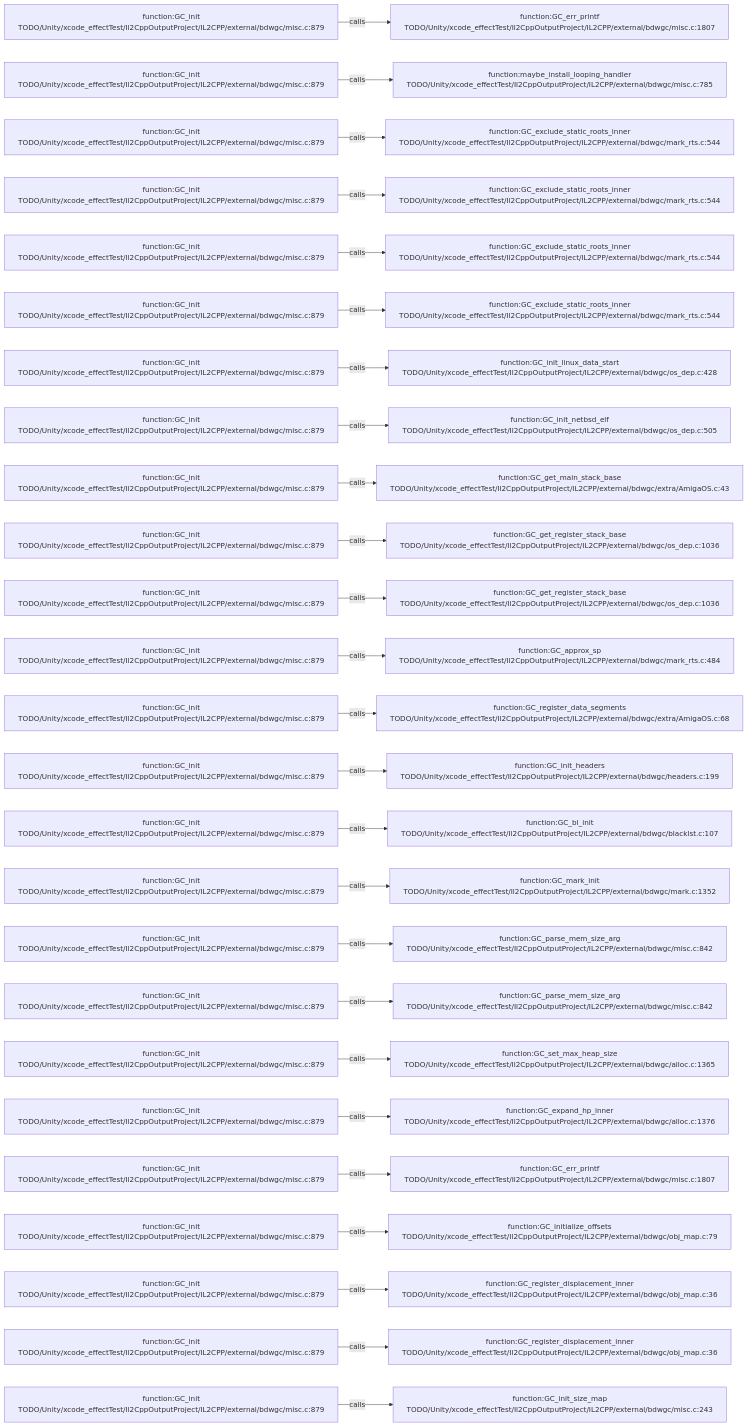
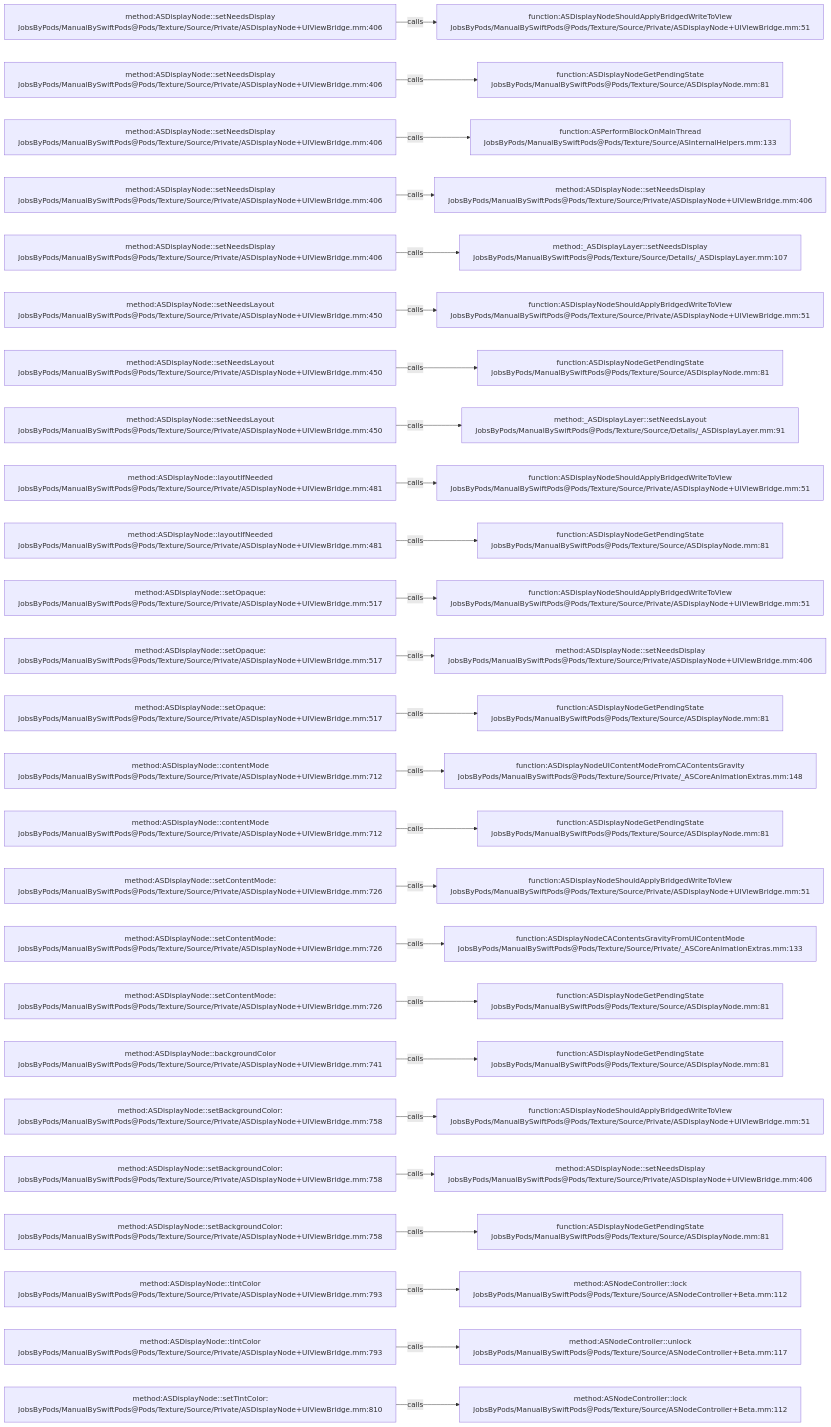
The diagram in .codegraph/codegraph.md/graphs/calls-138.md (JobsKits/JobsSwiftBaseConfigDemo), drawn with Mermaid before and after one commit. The commit also changed 2959 other files, not shown here.

````diff
--- a/.codegraph/codegraph.md/graphs/calls-138.md
+++ b/.codegraph/codegraph.md/graphs/calls-138.md
@@ -13,78 +13,78 @@
 ```mermaid
 flowchart LR
-  S1["function:GC_init<br/>TODO/Unity/xcode_effectTest/Il2CppOutputProject/IL2CPP/external/bdwgc/misc.c:879"]
-  T1["function:GC_err_printf<br/>TODO/Unity/xcode_effectTest/Il2CppOutputProject/IL2CPP/external/bdwgc/misc.c:1807"]
+  S1["method:ASDisplayNode::setNeedsDisplay<br/>JobsByPods/ManualBySwiftPods@Pods/Texture/Source/Private/ASDisplayNode+UIViewBridge.mm:406"]
+  T1["function:ASDisplayNodeShouldApplyBridgedWriteToView<br/>JobsByPods/ManualBySwiftPods@Pods/Texture/Source/Private/ASDisplayNode+UIViewBridge.mm:51"]
   S1 -->|calls| T1
-  S2["function:GC_init<br/>TODO/Unity/xcode_effectTest/Il2CppOutputProject/IL2CPP/external/bdwgc/misc.c:879"]
-  T2["function:maybe_install_looping_handler<br/>TODO/Unity/xcode_effectTest/Il2CppOutputProject/IL2CPP/external/bdwgc/misc.c:785"]
+  S2["method:ASDisplayNode::setNeedsDisplay<br/>JobsByPods/ManualBySwiftPods@Pods/Texture/Source/Private/ASDisplayNode+UIViewBridge.mm:406"]
+  T2["function:ASDisplayNodeGetPendingState<br/>JobsByPods/ManualBySwiftPods@Pods/Texture/Source/ASDisplayNode.mm:81"]
   S2 -->|calls| T2
-  S3["function:GC_init<br/>TODO/Unity/xcode_effectTest/Il2CppOutputProject/IL2CPP/external/bdwgc/misc.c:879"]
-  T3["function:GC_exclude_static_roots_inner<br/>TODO/Unity/xcode_effectTest/Il2CppOutputProject/IL2CPP/external/bdwgc/mark_rts.c:544"]
+  S3["method:ASDisplayNode::setNeedsDisplay<br/>JobsByPods/ManualBySwiftPods@Pods/Texture/Source/Private/ASDisplayNode+UIViewBridge.mm:406"]
+  T3["function:ASPerformBlockOnMainThread<br/>JobsByPods/ManualBySwiftPods@Pods/Texture/Source/ASInternalHelpers.mm:133"]
   S3 -->|calls| T3
-  S4["function:GC_init<br/>TODO/Unity/xcode_effectTest/Il2CppOutputProject/IL2CPP/external/bdwgc/misc.c:879"]
-  T4["function:GC_exclude_static_roots_inner<br/>TODO/Unity/xcode_effectTest/Il2CppOutputProject/IL2CPP/external/bdwgc/mark_rts.c:544"]
+  S4["method:ASDisplayNode::setNeedsDisplay<br/>JobsByPods/ManualBySwiftPods@Pods/Texture/Source/Private/ASDisplayNode+UIViewBridge.mm:406"]
+  T4["method:ASDisplayNode::setNeedsDisplay<br/>JobsByPods/ManualBySwiftPods@Pods/Texture/Source/Private/ASDisplayNode+UIViewBridge.mm:406"]
   S4 -->|calls| T4
-  S5["function:GC_init<br/>TODO/Unity/xcode_effectTest/Il2CppOutputProject/IL2CPP/external/bdwgc/misc.c:879"]
-  T5["function:GC_exclude_static_roots_inner<br/>TODO/Unity/xcode_effectTest/Il2CppOutputProject/IL2CPP/external/bdwgc/mark_rts.c:544"]
+  S5["method:ASDisplayNode::setNeedsDisplay<br/>JobsByPods/ManualBySwiftPods@Pods/Texture/Source/Private/ASDisplayNode+UIViewBridge.mm:406"]
+  T5["method:_ASDisplayLayer::setNeedsDisplay<br/>JobsByPods/ManualBySwiftPods@Pods/Texture/Source/Details/_ASDisplayLayer.mm:107"]
   S5 -->|calls| T5
-  S6["function:GC_init<br/>TODO/Unity/xcode_effectTest/Il2CppOutputProject/IL2CPP/external/bdwgc/misc.c:879"]
-  T6["function:GC_exclude_static_roots_inner<br/>TODO/Unity/xcode_effectTest/Il2CppOutputProject/IL2CPP/external/bdwgc/mark_rts.c:544"]
+  S6["method:ASDisplayNode::setNeedsLayout<br/>JobsByPods/ManualBySwiftPods@Pods/Texture/Source/Private/ASDisplayNode+UIViewBridge.mm:450"]
+  T6["function:ASDisplayNodeShouldApplyBridgedWriteToView<br/>JobsByPods/ManualBySwiftPods@Pods/Texture/Source/Private/ASDisplayNode+UIViewBridge.mm:51"]
   S6 -->|calls| T6
-  S7["function:GC_init<br/>TODO/Unity/xcode_effectTest/Il2CppOutputProject/IL2CPP/external/bdwgc/misc.c:879"]
-  T7["function:GC_init_linux_data_start<br/>TODO/Unity/xcode_effectTest/Il2CppOutputProject/IL2CPP/external/bdwgc/os_dep.c:428"]
+  S7["method:ASDisplayNode::setNeedsLayout<br/>JobsByPods/ManualBySwiftPods@Pods/Texture/Source/Private/ASDisplayNode+UIViewBridge.mm:450"]
+  T7["function:ASDisplayNodeGetPendingState<br/>JobsByPods/ManualBySwiftPods@Pods/Texture/Source/ASDisplayNode.mm:81"]
   S7 -->|calls| T7
-  S8["function:GC_init<br/>TODO/Unity/xcode_effectTest/Il2CppOutputProject/IL2CPP/external/bdwgc/misc.c:879"]
-  T8["function:GC_init_netbsd_elf<br/>TODO/Unity/xcode_effectTest/Il2CppOutputProject/IL2CPP/external/bdwgc/os_dep.c:505"]
+  S8["method:ASDisplayNode::setNeedsLayout<br/>JobsByPods/ManualBySwiftPods@Pods/Texture/Source/Private/ASDisplayNode+UIViewBridge.mm:450"]
+  T8["method:_ASDisplayLayer::setNeedsLayout<br/>JobsByPods/ManualBySwiftPods@Pods/Texture/Source/Details/_ASDisplayLayer.mm:91"]
   S8 -->|calls| T8
-  S9["function:GC_init<br/>TODO/Unity/xcode_effectTest/Il2CppOutputProject/IL2CPP/external/bdwgc/misc.c:879"]
-  T9["function:GC_get_main_stack_base<br/>TODO/Unity/xcode_effectTest/Il2CppOutputProject/IL2CPP/external/bdwgc/extra/AmigaOS.c:43"]
+  S9["method:ASDisplayNode::layoutIfNeeded<br/>JobsByPods/ManualBySwiftPods@Pods/Texture/Source/Private/ASDisplayNode+UIViewBridge.mm:481"]
+  T9["function:ASDisplayNodeShouldApplyBridgedWriteToView<br/>JobsByPods/ManualBySwiftPods@Pods/Texture/Source/Private/ASDisplayNode+UIViewBridge.mm:51"]
   S9 -->|calls| T9
-  S10["function:GC_init<br/>TODO/Unity/xcode_effectTest/Il2CppOutputProject/IL2CPP/external/bdwgc/misc.c:879"]
-  T10["function:GC_get_register_stack_base<br/>TODO/Unity/xcode_effectTest/Il2CppOutputProject/IL2CPP/external/bdwgc/os_dep.c:1036"]
+  S10["method:ASDisplayNode::layoutIfNeeded<br/>JobsByPods/ManualBySwiftPods@Pods/Texture/Source/Private/ASDisplayNode+UIViewBridge.mm:481"]
+  T10["function:ASDisplayNodeGetPendingState<br/>JobsByPods/ManualBySwiftPods@Pods/Texture/Source/ASDisplayNode.mm:81"]
   S10 -->|calls| T10
-  S11["function:GC_init<br/>TODO/Unity/xcode_effectTest/Il2CppOutputProject/IL2CPP/external/bdwgc/misc.c:879"]
-  T11["function:GC_get_register_stack_base<br/>TODO/Unity/xcode_effectTest/Il2CppOutputProject/IL2CPP/external/bdwgc/os_dep.c:1036"]
+  S11["method:ASDisplayNode::setOpaque:<br/>JobsByPods/ManualBySwiftPods@Pods/Texture/Source/Private/ASDisplayNode+UIViewBridge.mm:517"]
+  T11["function:ASDisplayNodeShouldApplyBridgedWriteToView<br/>JobsByPods/ManualBySwiftPods@Pods/Texture/Source/Private/ASDisplayNode+UIViewBridge.mm:51"]
   S11 -->|calls| T11
-  S12["function:GC_init<br/>TODO/Unity/xcode_effectTest/Il2CppOutputProject/IL2CPP/external/bdwgc/misc.c:879"]
-  T12["function:GC_approx_sp<br/>TODO/Unity/xcode_effectTest/Il2CppOutputProject/IL2CPP/external/bdwgc/mark_rts.c:484"]
+  S12["method:ASDisplayNode::setOpaque:<br/>JobsByPods/ManualBySwiftPods@Pods/Texture/Source/Private/ASDisplayNode+UIViewBridge.mm:517"]
+  T12["method:ASDisplayNode::setNeedsDisplay<br/>JobsByPods/ManualBySwiftPods@Pods/Texture/Source/Private/ASDisplayNode+UIViewBridge.mm:406"]
   S12 -->|calls| T12
-  S13["function:GC_init<br/>TODO/Unity/xcode_effectTest/Il2CppOutputProject/IL2CPP/external/bdwgc/misc.c:879"]
-  T13["function:GC_register_data_segments<br/>TODO/Unity/xcode_effectTest/Il2CppOutputProject/IL2CPP/external/bdwgc/extra/AmigaOS.c:68"]
+  S13["method:ASDisplayNode::setOpaque:<br/>JobsByPods/ManualBySwiftPods@Pods/Texture/Source/Private/ASDisplayNode+UIViewBridge.mm:517"]
+  T13["function:ASDisplayNodeGetPendingState<br/>JobsByPods/ManualBySwiftPods@Pods/Texture/Source/ASDisplayNode.mm:81"]
   S13 -->|calls| T13
-  S14["function:GC_init<br/>TODO/Unity/xcode_effectTest/Il2CppOutputProject/IL2CPP/external/bdwgc/misc.c:879"]
-  T14["function:GC_init_headers<br/>TODO/Unity/xcode_effectTest/Il2CppOutputProject/IL2CPP/external/bdwgc/headers.c:199"]
+  S14["method:ASDisplayNode::contentMode<br/>JobsByPods/ManualBySwiftPods@Pods/Texture/Source/Private/ASDisplayNode+UIViewBridge.mm:712"]
+  T14["function:ASDisplayNodeUIContentModeFromCAContentsGravity<br/>JobsByPods/ManualBySwiftPods@Pods/Texture/Source/Private/_ASCoreAnimationExtras.mm:148"]
   S14 -->|calls| T14
-  S15["function:GC_init<br/>TODO/Unity/xcode_effectTest/Il2CppOutputProject/IL2CPP/external/bdwgc/misc.c:879"]
-  T15["function:GC_bl_init<br/>TODO/Unity/xcode_effectTest/Il2CppOutputProject/IL2CPP/external/bdwgc/blacklst.c:107"]
+  S15["method:ASDisplayNode::contentMode<br/>JobsByPods/ManualBySwiftPods@Pods/Texture/Source/Private/ASDisplayNode+UIViewBridge.mm:712"]
+  T15["function:ASDisplayNodeGetPendingState<br/>JobsByPods/ManualBySwiftPods@Pods/Texture/Source/ASDisplayNode.mm:81"]
   S15 -->|calls| T15
-  S16["function:GC_init<br/>TODO/Unity/xcode_effectTest/Il2CppOutputProject/IL2CPP/external/bdwgc/misc.c:879"]
-  T16["function:GC_mark_init<br/>TODO/Unity/xcode_effectTest/Il2CppOutputProject/IL2CPP/external/bdwgc/mark.c:1352"]
+  S16["method:ASDisplayNode::setContentMode:<br/>JobsByPods/ManualBySwiftPods@Pods/Texture/Source/Private/ASDisplayNode+UIViewBridge.mm:726"]
+  T16["function:ASDisplayNodeShouldApplyBridgedWriteToView<br/>JobsByPods/ManualBySwiftPods@Pods/Texture/Source/Private/ASDisplayNode+UIViewBridge.mm:51"]
   S16 -->|calls| T16
-  S17["function:GC_init<br/>TODO/Unity/xcode_effectTest/Il2CppOutputProject/IL2CPP/external/bdwgc/misc.c:879"]
-  T17["function:GC_parse_mem_size_arg<br/>TODO/Unity/xcode_effectTest/Il2CppOutputProject/IL2CPP/external/bdwgc/misc.c:842"]
+  S17["method:ASDisplayNode::setContentMode:<br/>JobsByPods/ManualBySwiftPods@Pods/Texture/Source/Private/ASDisplayNode+UIViewBridge.mm:726"]
+  T17["function:ASDisplayNodeCAContentsGravityFromUIContentMode<br/>JobsByPods/ManualBySwiftPods@Pods/Texture/Source/Private/_ASCoreAnimationExtras.mm:133"]
   S17 -->|calls| T17
-  S18["function:GC_init<br/>TODO/Unity/xcode_effectTest/Il2CppOutputProject/IL2CPP/external/bdwgc/misc.c:879"]
-  T18["function:GC_parse_mem_size_arg<br/>TODO/Unity/xcode_effectTest/Il2CppOutputProject/IL2CPP/external/bdwgc/misc.c:842"]
+  S18["method:ASDisplayNode::setContentMode:<br/>JobsByPods/ManualBySwiftPods@Pods/Texture/Source/Private/ASDisplayNode+UIViewBridge.mm:726"]
+  T18["function:ASDisplayNodeGetPendingState<br/>JobsByPods/ManualBySwiftPods@Pods/Texture/Source/ASDisplayNode.mm:81"]
   S18 -->|calls| T18
-  S19["function:GC_init<br/>TODO/Unity/xcode_effectTest/Il2CppOutputProject/IL2CPP/external/bdwgc/misc.c:879"]
-  T19["function:GC_set_max_heap_size<br/>TODO/Unity/xcode_effectTest/Il2CppOutputProject/IL2CPP/external/bdwgc/alloc.c:1365"]
+  S19["method:ASDisplayNode::backgroundColor<br/>JobsByPods/ManualBySwiftPods@Pods/Texture/Source/Private/ASDisplayNode+UIViewBridge.mm:741"]
+  T19["function:ASDisplayNodeGetPendingState<br/>JobsByPods/ManualBySwiftPods@Pods/Texture/Source/ASDisplayNode.mm:81"]
   S19 -->|calls| T19
-  S20["function:GC_init<br/>TODO/Unity/xcode_effectTest/Il2CppOutputProject/IL2CPP/external/bdwgc/misc.c:879"]
-  T20["function:GC_expand_hp_inner<br/>TODO/Unity/xcode_effectTest/Il2CppOutputProject/IL2CPP/external/bdwgc/alloc.c:1376"]
+  S20["method:ASDisplayNode::setBackgroundColor:<br/>JobsByPods/ManualBySwiftPods@Pods/Texture/Source/Private/ASDisplayNode+UIViewBridge.mm:758"]
+  T20["function:ASDisplayNodeShouldApplyBridgedWriteToView<br/>JobsByPods/ManualBySwiftPods@Pods/Texture/Source/Private/ASDisplayNode+UIViewBridge.mm:51"]
   S20 -->|calls| T20
-  S21["function:GC_init<br/>TODO/Unity/xcode_effectTest/Il2CppOutputProject/IL2CPP/external/bdwgc/misc.c:879"]
-  T21["function:GC_err_printf<br/>TODO/Unity/xcode_effectTest/Il2CppOutputProject/IL2CPP/external/bdwgc/misc.c:1807"]
+  S21["method:ASDisplayNode::setBackgroundColor:<br/>JobsByPods/ManualBySwiftPods@Pods/Texture/Source/Private/ASDisplayNode+UIViewBridge.mm:758"]
+  T21["method:ASDisplayNode::setNeedsDisplay<br/>JobsByPods/ManualBySwiftPods@Pods/Texture/Source/Private/ASDisplayNode+UIViewBridge.mm:406"]
   S21 -->|calls| T21
-  S22["function:GC_init<br/>TODO/Unity/xcode_effectTest/Il2CppOutputProject/IL2CPP/external/bdwgc/misc.c:879"]
-  T22["function:GC_initialize_offsets<br/>TODO/Unity/xcode_effectTest/Il2CppOutputProject/IL2CPP/external/bdwgc/obj_map.c:79"]
+  S22["method:ASDisplayNode::setBackgroundColor:<br/>JobsByPods/ManualBySwiftPods@Pods/Texture/Source/Private/ASDisplayNode+UIViewBridge.mm:758"]
+  T22["function:ASDisplayNodeGetPendingState<br/>JobsByPods/ManualBySwiftPods@Pods/Texture/Source/ASDisplayNode.mm:81"]
   S22 -->|calls| T22
-  S23["function:GC_init<br/>TODO/Unity/xcode_effectTest/Il2CppOutputProject/IL2CPP/external/bdwgc/misc.c:879"]
-  T23["function:GC_register_displacement_inner<br/>TODO/Unity/xcode_effectTest/Il2CppOutputProject/IL2CPP/external/bdwgc/obj_map.c:36"]
+  S23["method:ASDisplayNode::tintColor<br/>JobsByPods/ManualBySwiftPods@Pods/Texture/Source/Private/ASDisplayNode+UIViewBridge.mm:793"]
+  T23["method:ASNodeController::lock<br/>JobsByPods/ManualBySwiftPods@Pods/Texture/Source/ASNodeController+Beta.mm:112"]
   S23 -->|calls| T23
-  S24["function:GC_init<br/>TODO/Unity/xcode_effectTest/Il2CppOutputProject/IL2CPP/external/bdwgc/misc.c:879"]
-  T24["function:GC_register_displacement_inner<br/>TODO/Unity/xcode_effectTest/Il2CppOutputProject/IL2CPP/external/bdwgc/obj_map.c:36"]
+  S24["method:ASDisplayNode::tintColor<br/>JobsByPods/ManualBySwiftPods@Pods/Texture/Source/Private/ASDisplayNode+UIViewBridge.mm:793"]
+  T24["method:ASNodeController::unlock<br/>JobsByPods/ManualBySwiftPods@Pods/Texture/Source/ASNodeController+Beta.mm:117"]
   S24 -->|calls| T24
-  S25["function:GC_init<br/>TODO/Unity/xcode_effectTest/Il2CppOutputProject/IL2CPP/external/bdwgc/misc.c:879"]
-  T25["function:GC_init_size_map<br/>TODO/Unity/xcode_effectTest/Il2CppOutputProject/IL2CPP/external/bdwgc/misc.c:243"]
+  S25["method:ASDisplayNode::setTintColor:<br/>JobsByPods/ManualBySwiftPods@Pods/Texture/Source/Private/ASDisplayNode+UIViewBridge.mm:810"]
+  T25["method:ASNodeController::lock<br/>JobsByPods/ManualBySwiftPods@Pods/Texture/Source/ASNodeController+Beta.mm:112"]
   S25 -->|calls| T25
 ```
````
